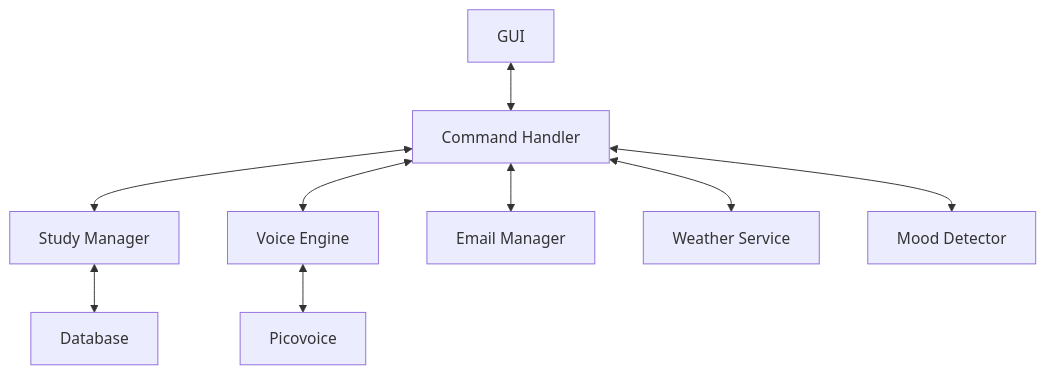
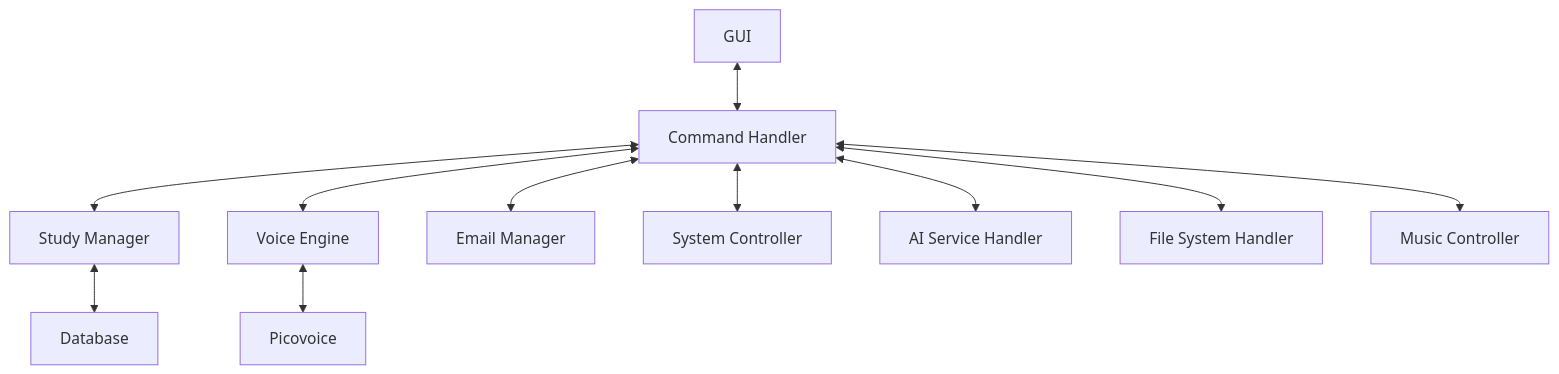
Before and after one commit to Mainali1/Ai-Anna: the diagram in README.md, drawn with Mermaid. The commit also changed other lines of this file and 7 other files, not shown here.

````diff
--- a/README.md
+++ b/README.md
@@ -117,11 +117,13 @@
 ```mermaid
 graph TD
     A[GUI] <--> B[Command Handler]
     B <--> C[Study Manager]
     B <--> D[Voice Engine]
     B <--> E[Email Manager]
-    B <--> H[Weather Service]
-    B <--> I[Mood Detector]
-    C <--> F[Database]
-    D <--> G[Picovoice]
+    B <--> F[System Controller]
+    B <--> G[AI Service Handler]
+    B <--> H[File System Handler]
+    B <--> I[Music Controller]
+    C <--> J[Database]
+    D <--> K[Picovoice]
 ```
````
